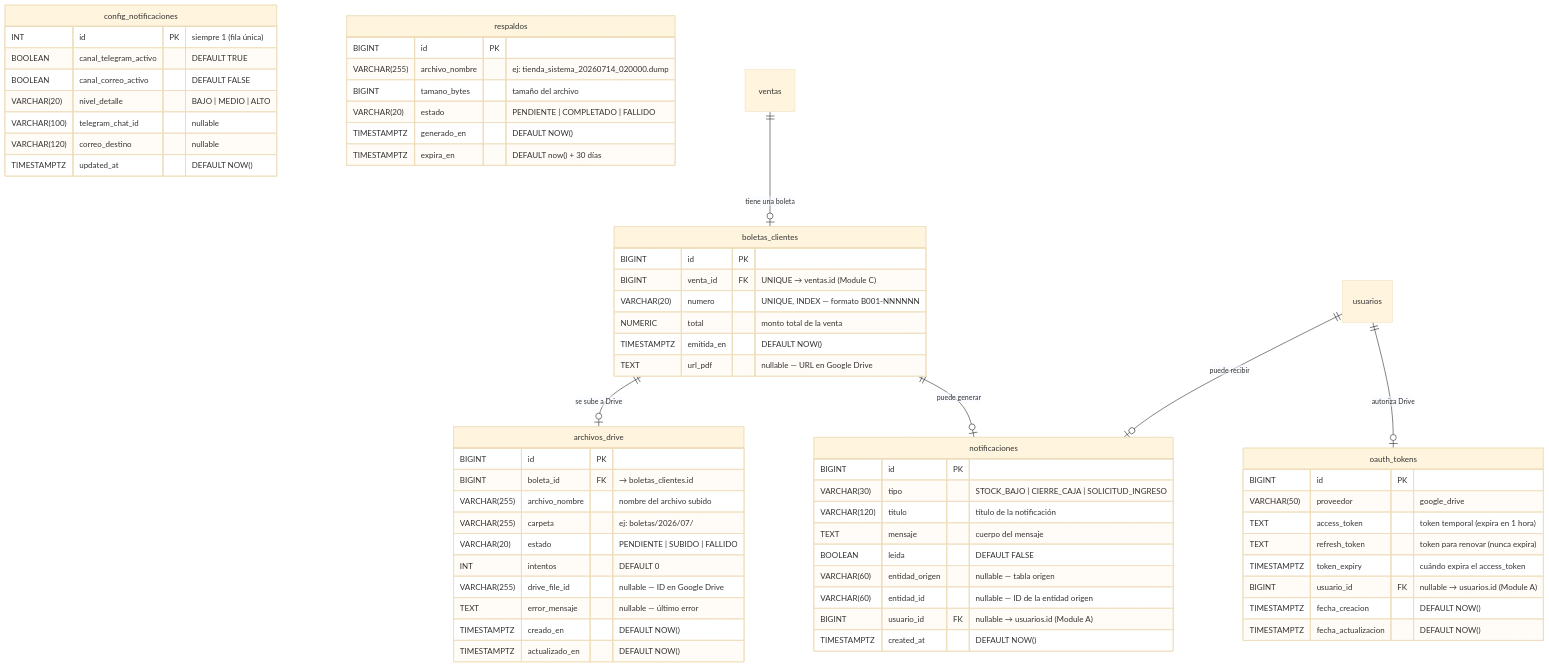
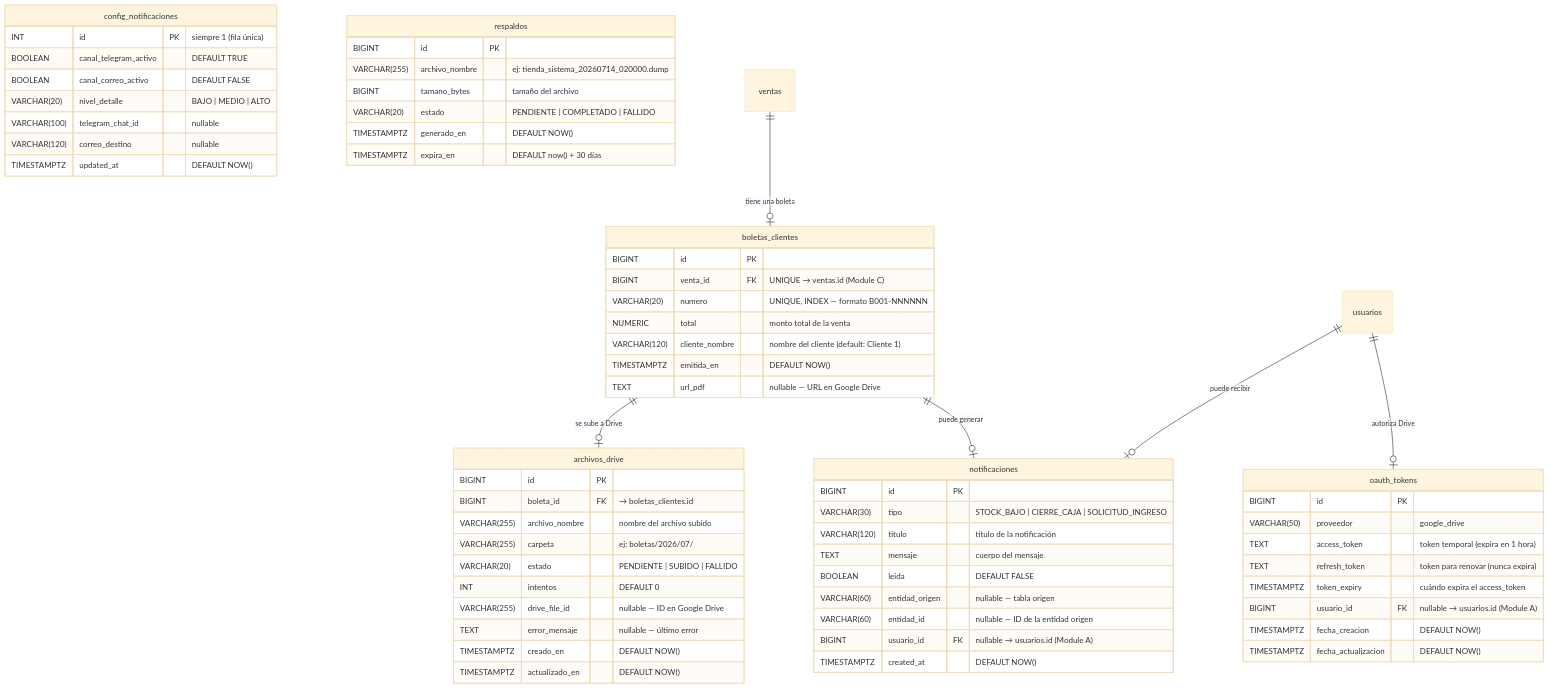
The diagram in docs/MODULO_D_ER.md (Kodiak-Technologies/Project-K.I.O.S.K.O), drawn with Mermaid (base theme) before and after one commit. The commit also changed other lines of this file and 34 other files, not shown here.

````diff
--- a/docs/MODULO_D_ER.md
+++ b/docs/MODULO_D_ER.md
@@ -11,75 +11,76 @@
 ```mermaid
 erDiagram
     boletas_clientes {
         BIGINT id PK
         BIGINT venta_id FK "UNIQUE → ventas.id (Module C)"
         VARCHAR(20) numero "UNIQUE, INDEX — formato B001-NNNNNN"
         NUMERIC total "monto total de la venta"
+        VARCHAR(120) cliente_nombre "nombre del cliente (default: Cliente 1)"
         TIMESTAMPTZ emitida_en "DEFAULT NOW()"
         TEXT url_pdf "nullable — URL en Google Drive"
     }
 
     archivos_drive {
         BIGINT id PK
         BIGINT boleta_id FK "→ boletas_clientes.id"
         VARCHAR(255) archivo_nombre "nombre del archivo subido"
         VARCHAR(255) carpeta "ej: boletas/2026/07/"
         VARCHAR(20) estado "PENDIENTE | SUBIDO | FALLIDO"
         INT intentos "DEFAULT 0"
         VARCHAR(255) drive_file_id "nullable — ID en Google Drive"
         TEXT error_mensaje "nullable — último error"
         TIMESTAMPTZ creado_en "DEFAULT NOW()"
         TIMESTAMPTZ actualizado_en "DEFAULT NOW()"
     }
 
     notificaciones {
         BIGINT id PK
         VARCHAR(30) tipo "STOCK_BAJO | CIERRE_CAJA | SOLICITUD_INGRESO"
         VARCHAR(120) titulo "título de la notificación"
         TEXT mensaje "cuerpo del mensaje"
         BOOLEAN leida "DEFAULT FALSE"
         VARCHAR(60) entidad_origen "nullable — tabla origen"
         VARCHAR(60) entidad_id "nullable — ID de la entidad origen"
         BIGINT usuario_id FK "nullable → usuarios.id (Module A)"
         TIMESTAMPTZ created_at "DEFAULT NOW()"
     }
 
     config_notificaciones {
         INT id PK "siempre 1 (fila única)"
         BOOLEAN canal_telegram_activo "DEFAULT TRUE"
         BOOLEAN canal_correo_activo "DEFAULT FALSE"
         VARCHAR(20) nivel_detalle "BAJO | MEDIO | ALTO"
         VARCHAR(100) telegram_chat_id "nullable"
         VARCHAR(120) correo_destino "nullable"
         TIMESTAMPTZ updated_at "DEFAULT NOW()"
     }
 
     respaldos {
         BIGINT id PK
         VARCHAR(255) archivo_nombre "ej: tienda_sistema_20260714_020000.dump"
         BIGINT tamano_bytes "tamaño del archivo"
         VARCHAR(20) estado "PENDIENTE | COMPLETADO | FALLIDO"
         TIMESTAMPTZ generado_en "DEFAULT NOW()"
         TIMESTAMPTZ expira_en "DEFAULT now() + 30 días"
     }
 
     oauth_tokens {
         BIGINT id PK
         VARCHAR(50) proveedor "google_drive"
         TEXT access_token "token temporal (expira en 1 hora)"
         TEXT refresh_token "token para renovar (nunca expira)"
         TIMESTAMPTZ token_expiry "cuándo expira el access_token"
         BIGINT usuario_id FK "nullable → usuarios.id (Module A)"
         TIMESTAMPTZ fecha_creacion "DEFAULT NOW()"
         TIMESTAMPTZ fecha_actualizacion "DEFAULT NOW()"
     }
 
     %% Relaciones externas (fuera de Module D)
     ventas ||--o| boletas_clientes : "tiene una boleta"
     usuarios ||--o| notificaciones : "puede recibir"
     usuarios ||--o| oauth_tokens : "autoriza Drive"
 
     %% Relaciones internas de Module D
     boletas_clientes ||--o| archivos_drive : "se sube a Drive"
     boletas_clientes ||--o| notificaciones : "puede generar"
 ```
````
